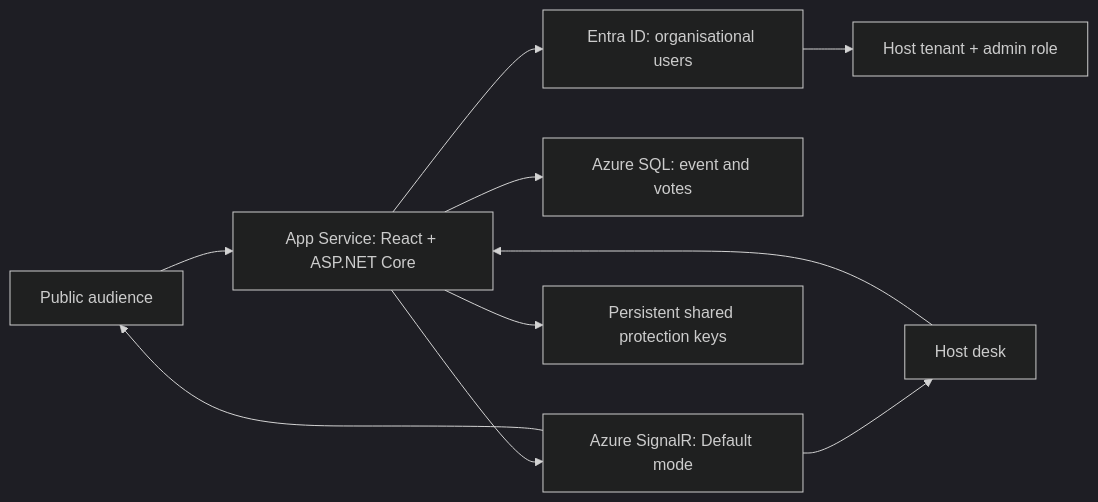
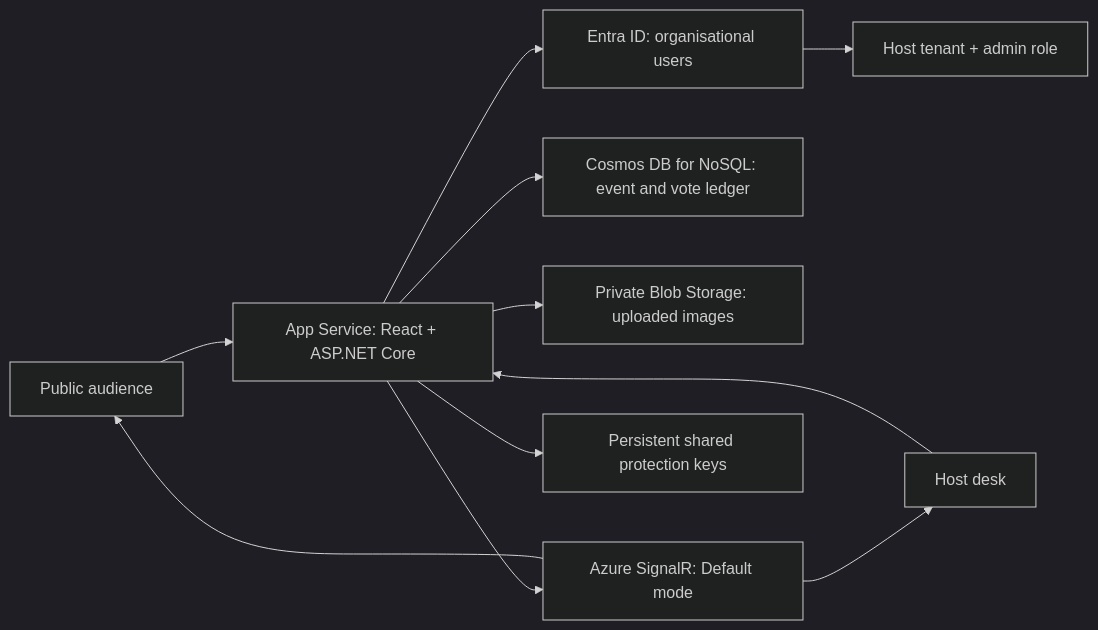
One commit to Copilot-Connection/copilot-fireside-christmas changed the diagram in README.md. Above: the diagram before and after it, drawn with Mermaid (dark theme). The commit also changed other lines of this file and 12 other files, not shown here.

````diff
--- a/README.md
+++ b/README.md
@@ -173,12 +173,13 @@
 ```mermaid
 flowchart LR
   Audience[Public audience] --> App[App Service: React + ASP.NET Core]
   Host[Host desk] --> App
   App --> Entra[Entra ID: organisational users]
   Entra --> Roles[Host tenant + admin role]
-  App --> SQL[Azure SQL: event and votes]
+  App --> Cosmos[Cosmos DB for NoSQL: event and vote ledger]
+  App --> Blob[Private Blob Storage: uploaded images]
   App --> SignalR[Azure SignalR: Default mode]
   SignalR --> Audience
   SignalR --> Host
   App --> Keys[Persistent shared protection keys]
 ```
````
